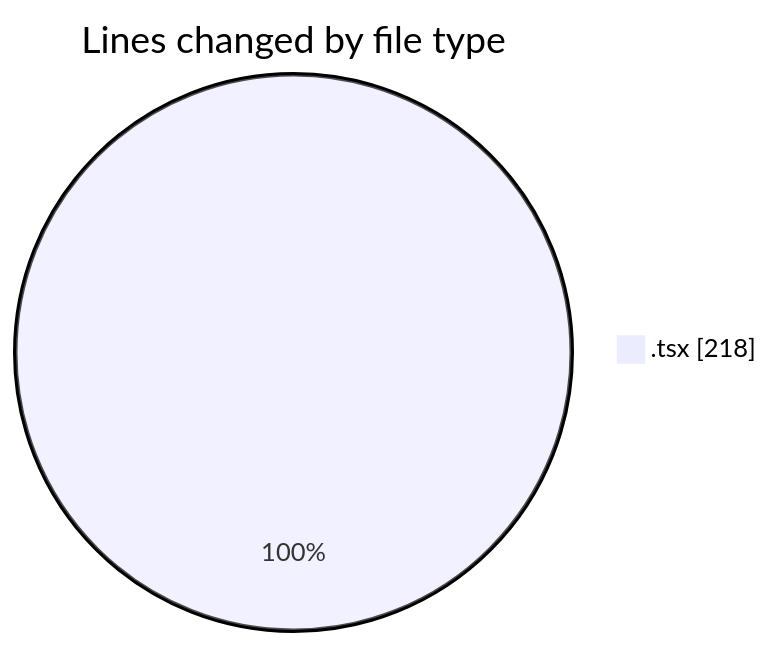
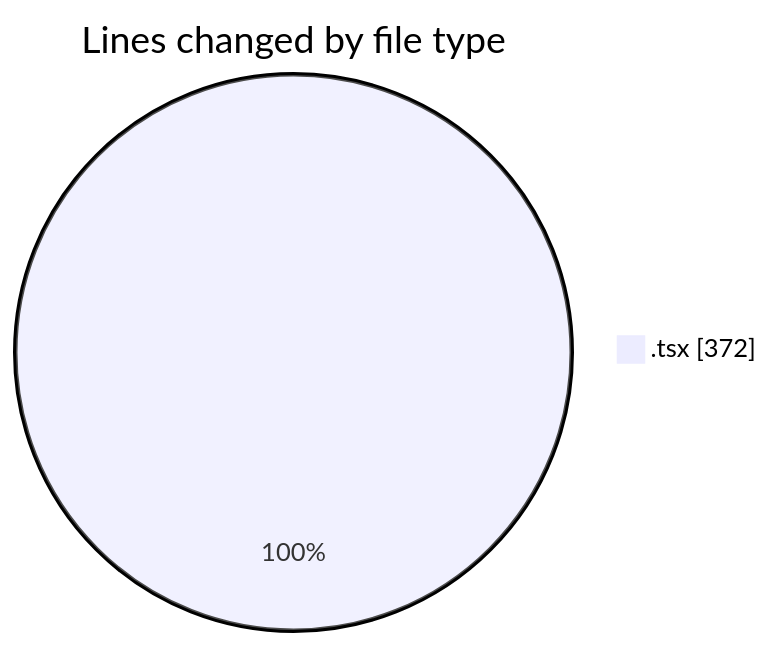
The first of 2 diagrams in 2025-08-02/tw-server/README.md (EIIisD/code-tracking), drawn with Mermaid before and after one commit. The commit also changed other lines of this file and 1 other file, not shown here.

````diff
--- a/2025-08-02/tw-server/README.md
+++ b/2025-08-02/tw-server/README.md
@@ -20,5 +21,5 @@
 ```mermaid
 pie showData
 title Lines changed by file type
-".tsx" : 218
+".tsx" : 372
 ```
````
